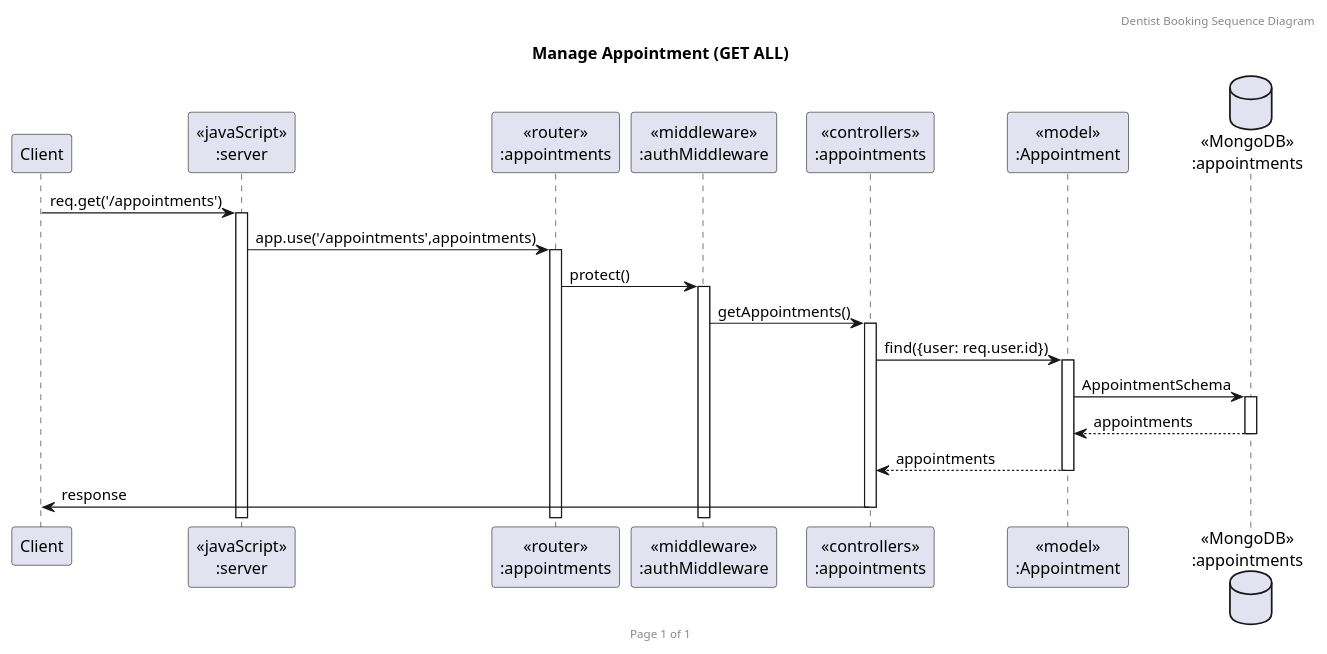
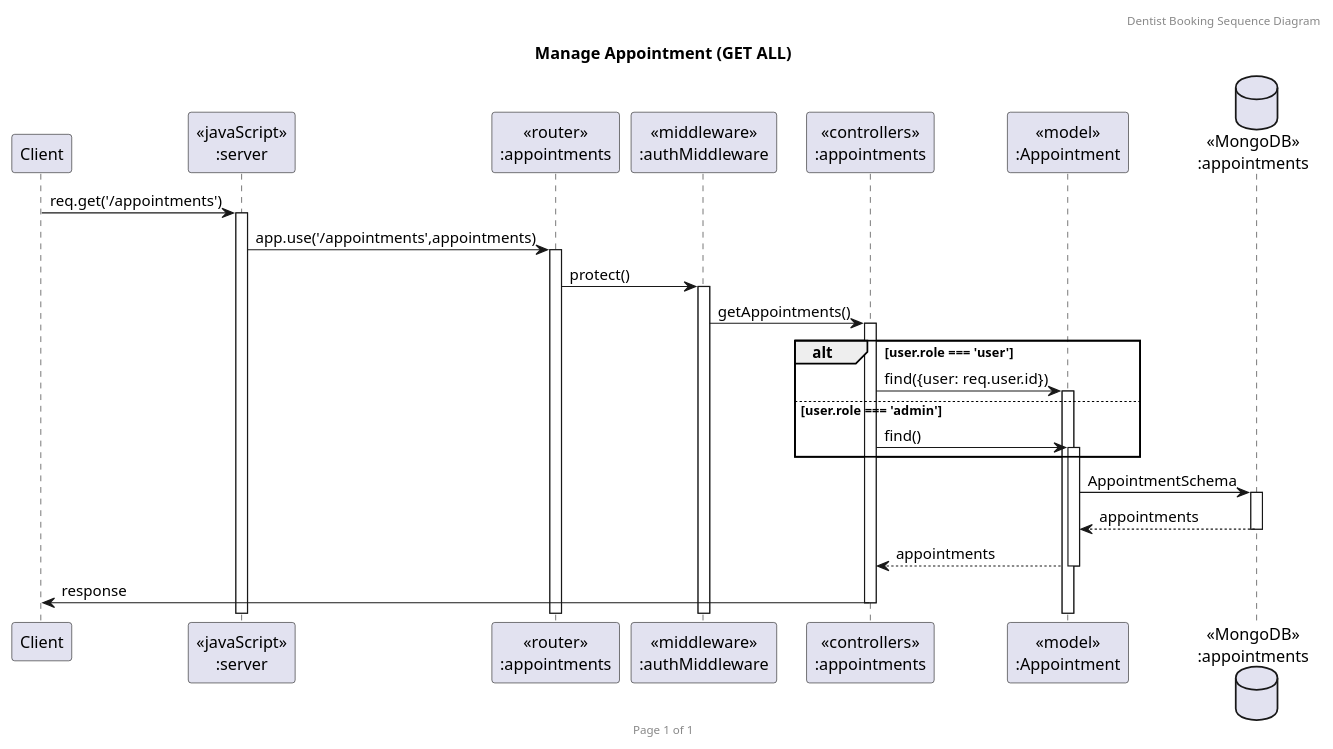
The diagram in doc/sequence_diagram/GetAllAppointments.puml (KoalaMuch/DentistBooking), drawn with PlantUML before and after one commit. The commit also changed 4 other files, not shown here.

```diff
--- a/doc/sequence_diagram/GetAllAppointments.puml
+++ b/doc/sequence_diagram/GetAllAppointments.puml
@@ -1,25 +1,29 @@
 @startuml Manage Appointment (GET ALL)
 
 header Dentist Booking Sequence Diagram
 footer Page %page% of %lastpage%
 title "Manage Appointment (GET ALL)"
 
 participant "Client" as client
 participant "<<javaScript>>\n:server" as server
 participant "<<router>>\n:appointments" as routerAppointments
 participant "<<middleware>>\n:authMiddleware" as authMiddleware
 participant "<<controllers>>\n:appointments" as controllersAppointments
 participant "<<model>>\n:Appointment" as modelAppointment
 database "<<MongoDB>>\n:appointments" as AppointmentsDatabase
 
 client->server ++:req.get('/appointments')
 server->routerAppointments ++:app.use('/appointments',appointments)
 routerAppointments -> authMiddleware ++:protect()
 authMiddleware -> controllersAppointments ++:getAppointments()
+alt user.role === 'user'
 controllersAppointments->modelAppointment ++:find({user: req.user.id})
+else user.role === 'admin'
+controllersAppointments->modelAppointment ++:find()
+end
 modelAppointment ->AppointmentsDatabase ++: AppointmentSchema
 AppointmentsDatabase --> modelAppointment --: appointments
 controllersAppointments <-- modelAppointment --:appointments
 controllersAppointments->client --:response
 
 @enduml
```
